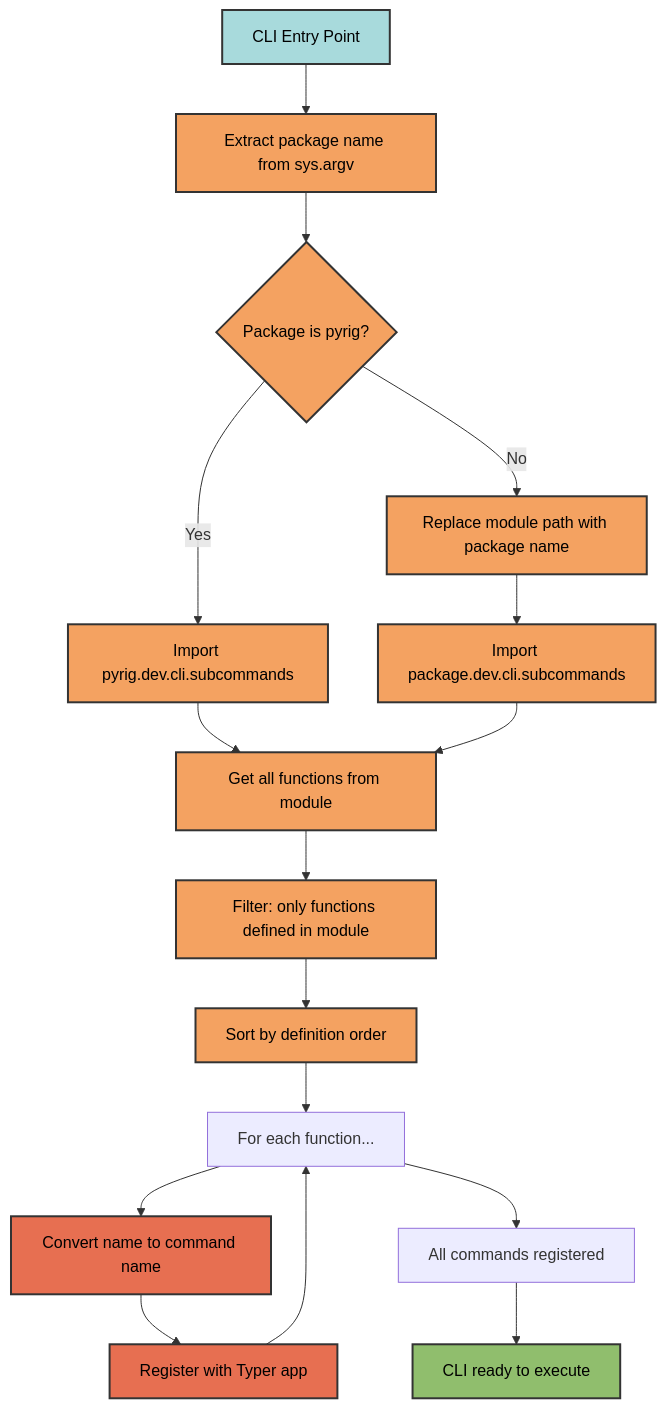
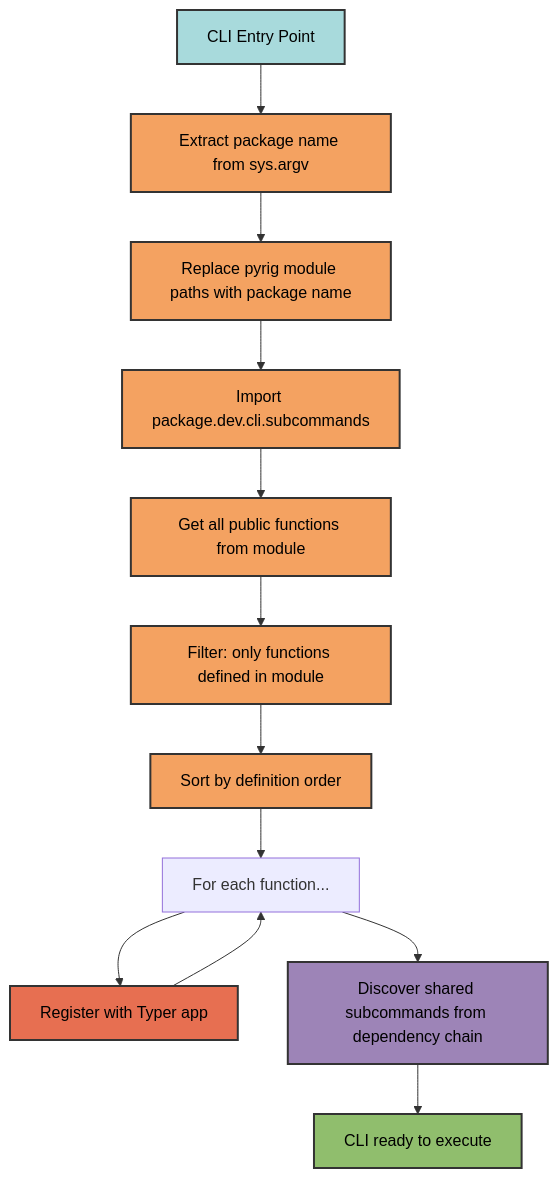
The second of 3 diagrams in docs/cli/subcommands.md (Winipedia/pyrig), drawn with Mermaid before and after one commit. The commit also changed other lines of this file and 9 other files, not shown here.

````diff
--- a/docs/cli/subcommands.md
+++ b/docs/cli/subcommands.md
@@ -140,36 +144,28 @@
 ```mermaid
 graph TD
     A[CLI Entry Point] --> B[Extract package name from sys.argv]
-    B --> C{Package is pyrig?}
+    B --> C[Replace pyrig module paths with package name]
+    C --> D[Import package.dev.cli.subcommands]
 
-    C -->|Yes| D[Import pyrig.dev.cli.subcommands]
-    C -->|No| E[Replace module path with package name]
-    E --> F[Import package.dev.cli.subcommands]
+    D --> E[Get all public functions from module]
+    E --> F[Filter: only functions defined in module]
+    F --> G[Sort by definition order]
+    G --> H[For each function...]
 
-    D --> G[Get all functions from module]
-    F --> G
+    H --> I[Register with Typer app]
+    I --> H
 
-    G --> H[Filter: only functions defined in module]
-    H --> I[Sort by definition order]
-    I --> J[For each function...]
-
-    J --> K[Convert name to command name]
-    K --> L[Register with Typer app]
-    L --> J
-
-    J --> M[All commands registered]
-    M --> N[CLI ready to execute]
+    H --> J[Discover shared subcommands from dependency chain]
+    J --> K[CLI ready to execute]
 
     style A fill:#a8dadc,stroke:#333,stroke-width:2px,color:#000
     style B fill:#f4a261,stroke:#333,stroke-width:2px,color:#000
     style C fill:#f4a261,stroke:#333,stroke-width:2px,color:#000
     style D fill:#f4a261,stroke:#333,stroke-width:2px,color:#000
     style E fill:#f4a261,stroke:#333,stroke-width:2px,color:#000
     style F fill:#f4a261,stroke:#333,stroke-width:2px,color:#000
     style G fill:#f4a261,stroke:#333,stroke-width:2px,color:#000
-    style H fill:#f4a261,stroke:#333,stroke-width:2px,color:#000
-    style I fill:#f4a261,stroke:#333,stroke-width:2px,color:#000
-    style K fill:#e76f51,stroke:#333,stroke-width:2px,color:#000
-    style L fill:#e76f51,stroke:#333,stroke-width:2px,color:#000
-    style N fill:#90be6d,stroke:#333,stroke-width:2px,color:#000
+    style I fill:#e76f51,stroke:#333,stroke-width:2px,color:#000
+    style J fill:#9d84b7,stroke:#333,stroke-width:2px,color:#000
+    style K fill:#90be6d,stroke:#333,stroke-width:2px,color:#000
 ```
````
